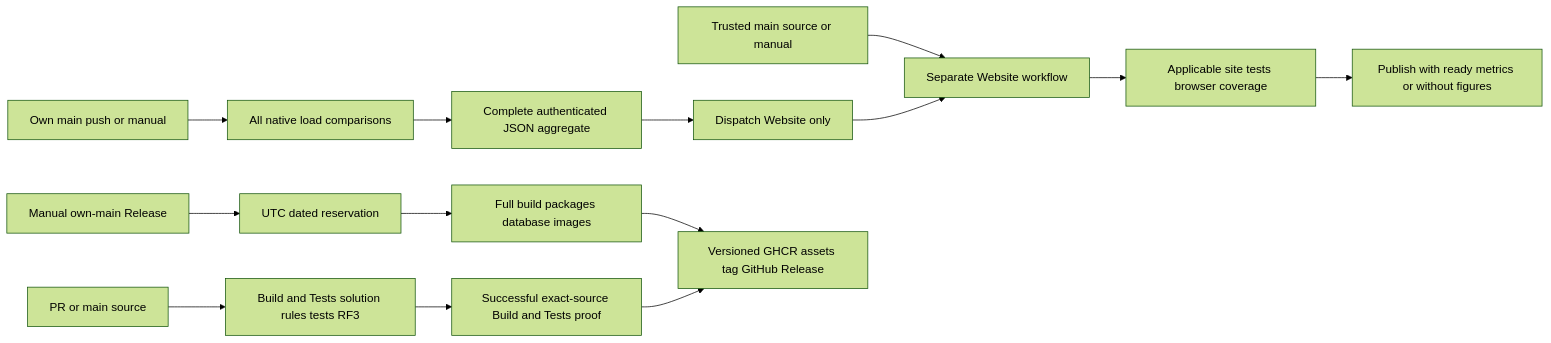
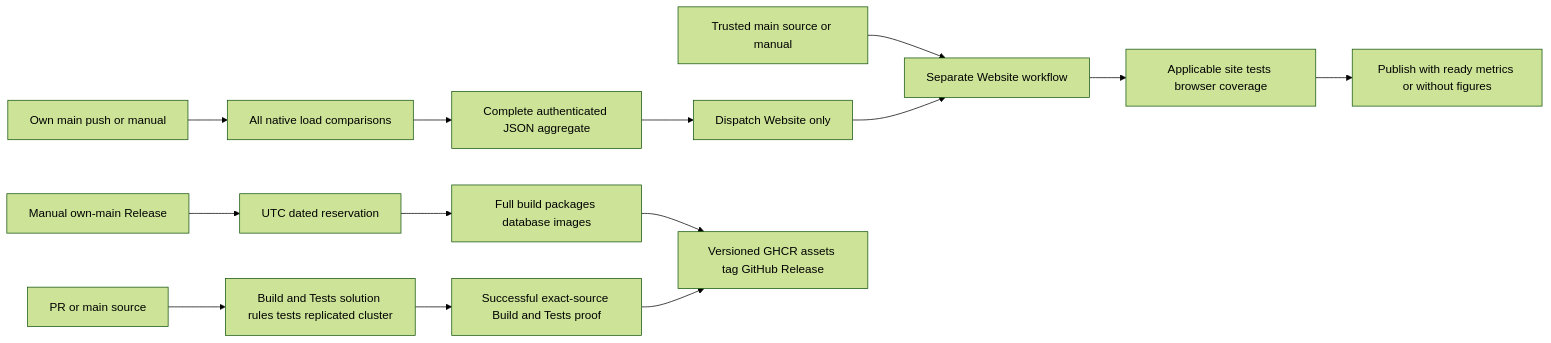
The second of 2 diagrams in docs/Features/ReleaseDelivery.md (managedcode/KeyLoad), drawn with Mermaid (forest theme) before and after one commit. The commit also changed other lines of this file and 271 other files, not shown here.

````diff
--- a/docs/Features/ReleaseDelivery.md
+++ b/docs/Features/ReleaseDelivery.md
@@ -54,16 +53,16 @@
 ```mermaid
 flowchart LR
-    PR[PR or main source] --> CI[Build and Tests solution rules tests RF3]
+    PR[PR or main source] --> CI[Build and Tests solution rules tests replicated cluster]
     Main[Own main push or manual] --> Benchmarks[All native load comparisons]
     Benchmarks --> Aggregate[Complete authenticated JSON aggregate]
     WebSource[Trusted main source or manual] --> Website[Separate Website workflow]
     Aggregate --> Trigger[Dispatch Website only]
     Trigger --> Website
     Website --> Qualify[Applicable site tests browser coverage]
     Qualify --> Deploy[Publish with ready metrics or without figures]
     Manual[Manual own-main Release] --> Version[UTC dated reservation]
     Version --> Build[Full build packages database images]
     CI --> SourceGate[Successful exact-source Build and Tests proof]
     Build --> Publish[Versioned GHCR assets tag GitHub Release]
     SourceGate --> Publish
 ```
````
